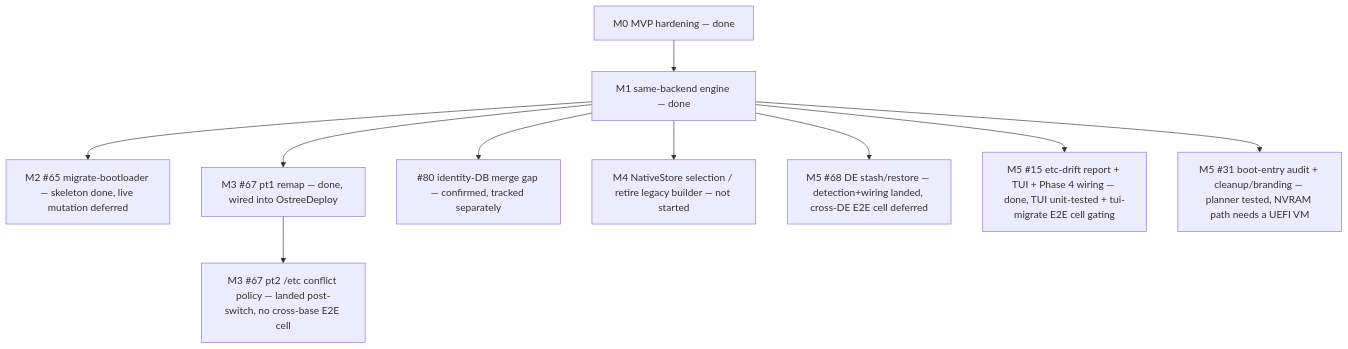
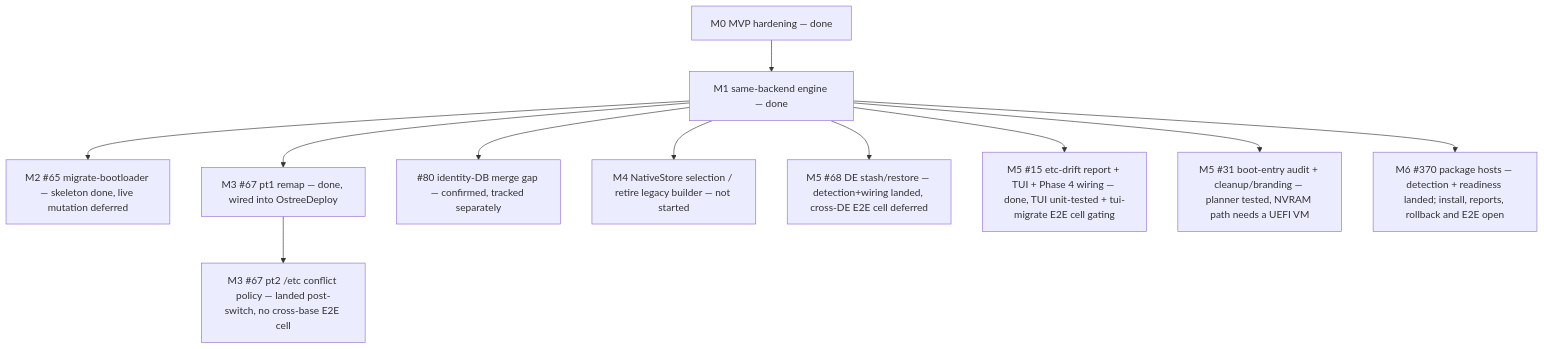
Before and after one commit to tuna-os/bootc-migrate: the diagram in ROADMAP.md, drawn with Mermaid. The commit also changed other lines of this file and 8 other files, not shown here.

First line of the commit message:
tui: Expose package-host readiness preview

````diff
--- a/ROADMAP.md
+++ b/ROADMAP.md
@@ -379,12 +407,13 @@
 ```mermaid
 graph TD
   M0["M0 MVP hardening — done"] --> M1["M1 same-backend engine — done"]
   M1 --> M2["M2 #65 migrate-bootloader — skeleton done, live mutation deferred"]
   M1 --> M3P1["M3 #67 pt1 remap — done, wired into OstreeDeploy"]
   M3P1 --> M3P2["M3 #67 pt2 /etc conflict policy — landed post-switch, no cross-base E2E cell"]
   M1 --> GAP80["#80 identity-DB merge gap — confirmed, tracked separately"]
   M1 --> M4["M4 NativeStore selection / retire legacy builder — not started"]
   M1 --> M5A["M5 #68 DE stash/restore — detection+wiring landed, cross-DE E2E cell deferred"]
   M1 --> M5B["M5 #15 etc-drift report + TUI + Phase 4 wiring — done, TUI unit-tested + tui-migrate E2E cell gating"]
   M1 --> M5C["M5 #31 boot-entry audit + cleanup/branding — planner tested, NVRAM path needs a UEFI VM"]
+  M1 --> M6["M6 #370 package hosts — detection + readiness landed; install, reports, rollback and E2E open"]
 ```
````
